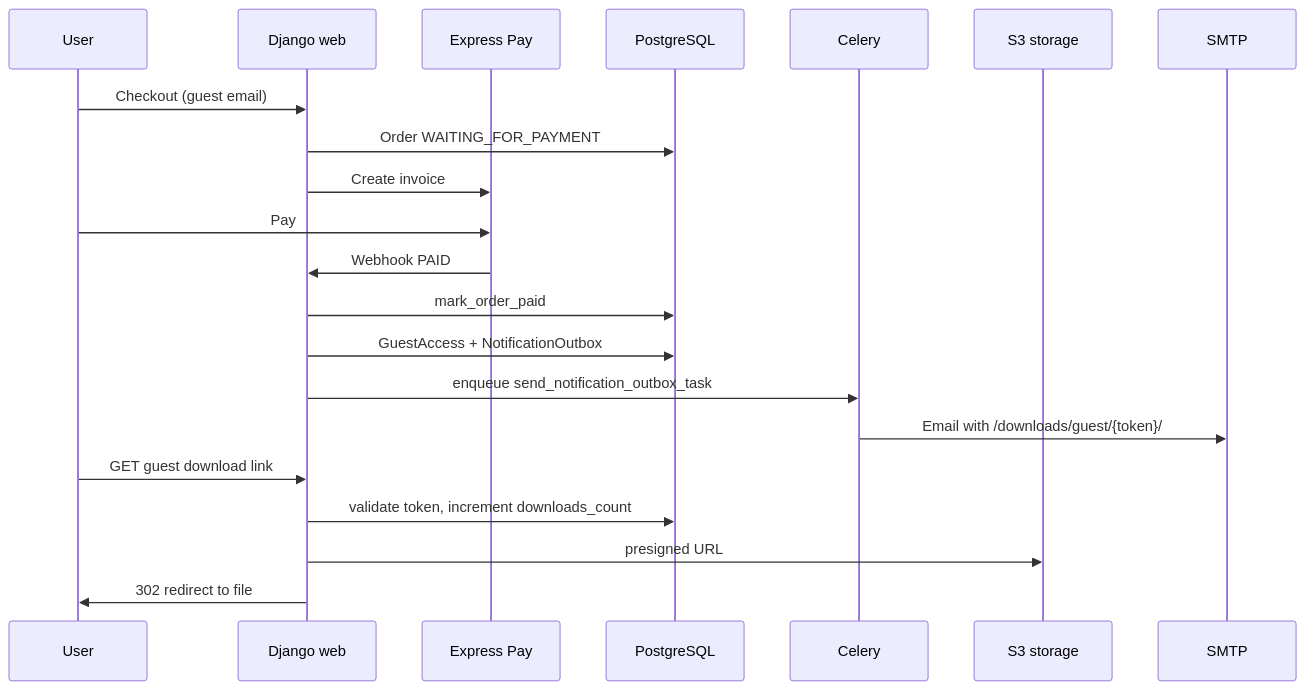
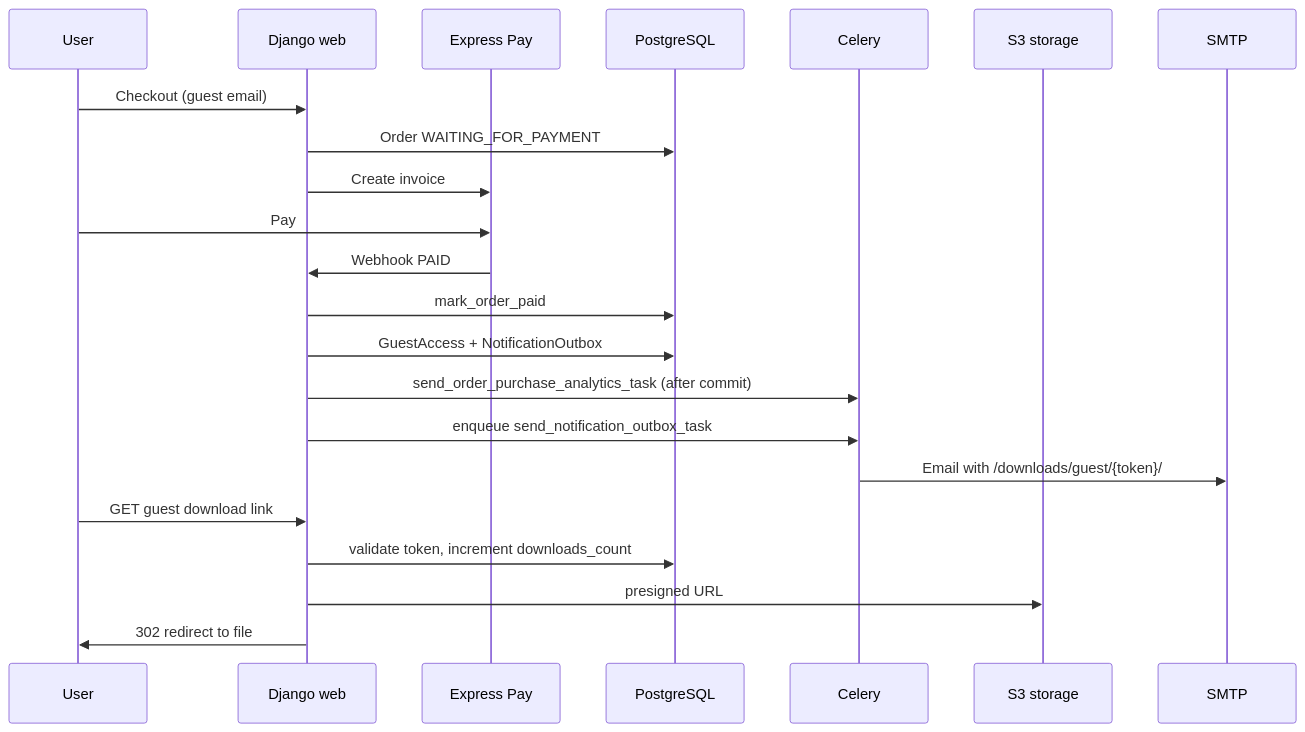
The first of 2 diagrams in docs/ARCHITECTURE.md (jendox/palingames), drawn with Mermaid before and after one commit. The commit also changed other lines of this file and 3 other files, not shown here.

First line of the commit message:
fix: enqueue purchase analytics after payment commit

````diff
--- a/docs/ARCHITECTURE.md
+++ b/docs/ARCHITECTURE.md
@@ -234,24 +234,25 @@
 ```mermaid
 sequenceDiagram
     participant U as User
     participant W as Django web
     participant EP as Express Pay
     participant DB as PostgreSQL
     participant C as Celery
     participant S3 as S3 storage
     participant M as SMTP
 
     U->>W: Checkout (guest email)
     W->>DB: Order WAITING_FOR_PAYMENT
     W->>EP: Create invoice
     U->>EP: Pay
     EP->>W: Webhook PAID
     W->>DB: mark_order_paid
     W->>DB: GuestAccess + NotificationOutbox
+    W->>C: send_order_purchase_analytics_task (after commit)
     W->>C: enqueue send_notification_outbox_task
     C->>M: Email with /downloads/guest/{token}/
     U->>W: GET guest download link
     W->>DB: validate token, increment downloads_count
     W->>S3: presigned URL
     W->>U: 302 redirect to file
 ```
````
